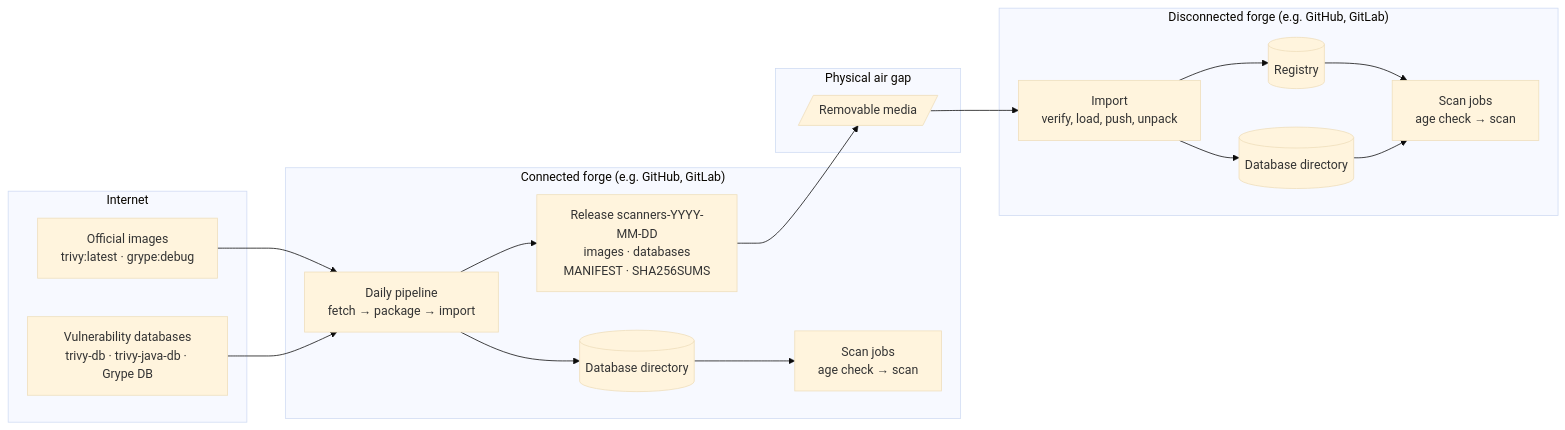
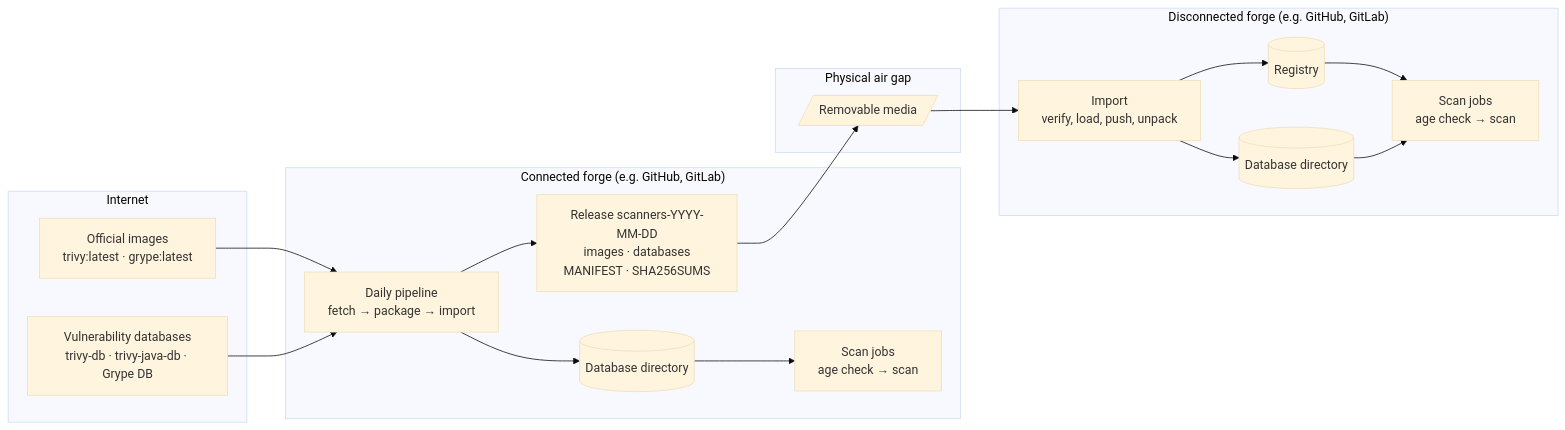
The diagram in README.md (JoeHazurmoney/airgap-vuln-scan), drawn with Mermaid (base theme) before and after one commit. The commit also changed 3 other files, not shown here.

First line of the commit message:
docs: use grype:latest, and the implementation plan (#1)

````diff
--- a/README.md
+++ b/README.md
@@ -24,29 +24,29 @@
 ```mermaid
 flowchart LR
   subgraph NET["Internet"]
-    IMG["Official images<br/>trivy:latest · grype:debug"]
+    IMG["Official images<br/>trivy:latest · grype:latest"]
     DBS["Vulnerability databases<br/>trivy-db · trivy-java-db · Grype DB"]
   end
   subgraph CON["Connected forge (e.g. GitHub, GitLab)"]
     FETCH["Daily pipeline<br/>fetch → package → import"]
     CDIR[("Database directory")]
     CSCAN["Scan jobs<br/>age check → scan"]
     REL["Release scanners-YYYY-MM-DD<br/>images · databases<br/>MANIFEST · SHA256SUMS"]
   end
   subgraph GAP["Physical air gap"]
     MEDIA[/Removable media/]
   end
   subgraph DIS["Disconnected forge (e.g. GitHub, GitLab)"]
     IMPORT["Import<br/>verify, load, push, unpack"]
     REG[("Registry")]
     DDIR[("Database directory")]
     DSCAN["Scan jobs<br/>age check → scan"]
   end
   IMG --> FETCH
   DBS --> FETCH
   FETCH --> REL
   FETCH --> CDIR --> CSCAN
   REL --> MEDIA --> IMPORT
   IMPORT --> REG --> DSCAN
   IMPORT --> DDIR --> DSCAN
 ```
````
